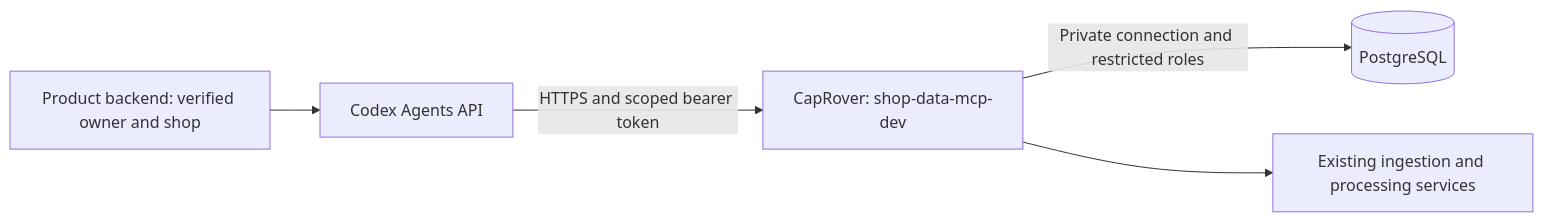
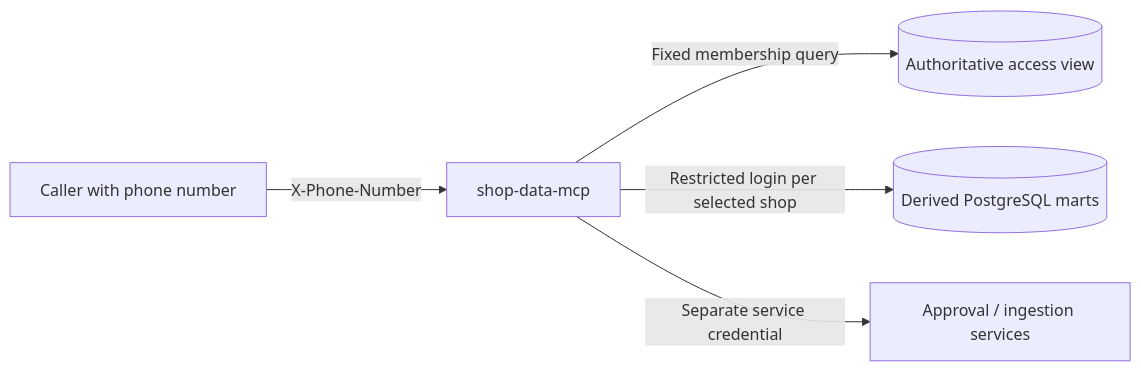
Before and after one commit to swe-squad/shopops2026: the diagram in docs/shop-data-mcp-configuration.md, drawn with Mermaid. The commit also changed other lines of this file and 26 other files, not shown here.

Commit message:
feat(shop-data-mcp): replace JWT with phone-based shop access

````diff
--- a/docs/shop-data-mcp-configuration.md
+++ b/docs/shop-data-mcp-configuration.md
@@ -15,7 +25,7 @@
 ```mermaid
 flowchart LR
-  P[Product backend: verified owner and shop] --> A[Codex Agents API]
-  A -->|HTTPS and scoped bearer token| M[CapRover: shop-data-mcp-dev]
-  M -->|Private connection and restricted roles| D[(PostgreSQL)]
-  M --> I[Existing ingestion and processing services]
+  C[Caller with phone number] -->|X-Phone-Number| M[shop-data-mcp]
+  M -->|Fixed membership query| A[(Authoritative access view)]
+  M -->|Restricted login per selected shop| D[(Derived PostgreSQL marts)]
+  M -->|Separate service credential| I[Approval / ingestion services]
 ```
````
